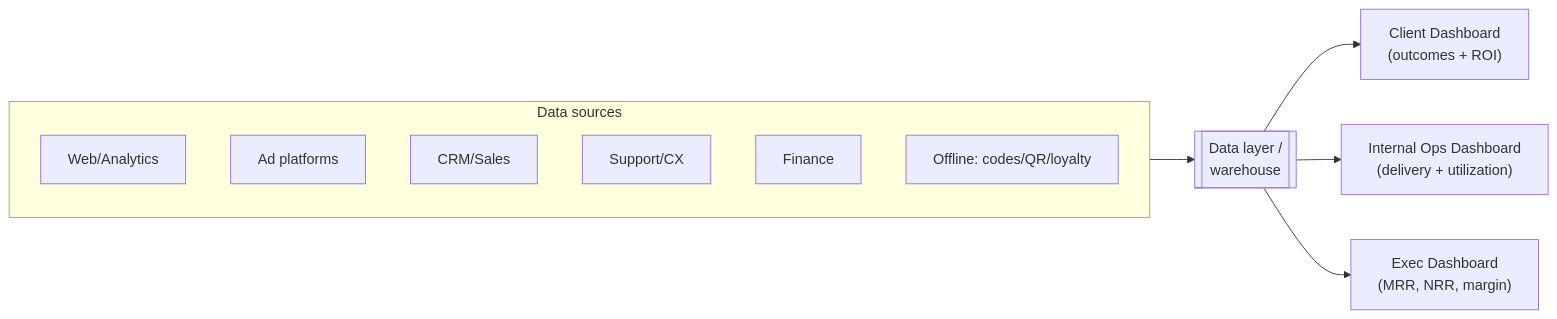
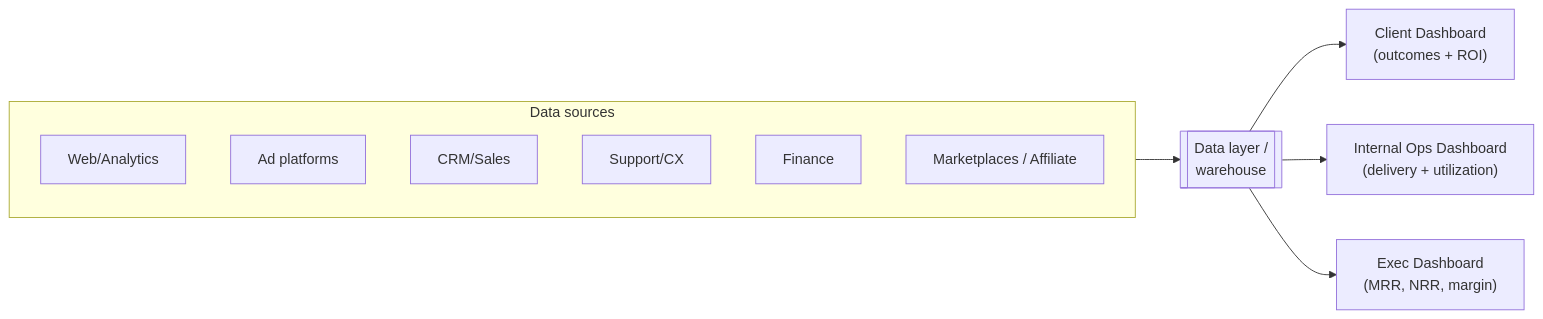
The second of 2 diagrams in 360-growth-framework/09-kpi-tracking-system.md (atikurrahman136859-sys/kiro), drawn with Mermaid before and after one commit. The commit also changed other lines of this file and 14 other files, not shown here.

````diff
--- a/360-growth-framework/09-kpi-tracking-system.md
+++ b/360-growth-framework/09-kpi-tracking-system.md
@@ -97,15 +97,15 @@
 ```mermaid
 flowchart LR
     subgraph SOURCES["Data sources"]
         WEB[Web/Analytics]
         ADS[Ad platforms]
         CRM[CRM/Sales]
         CXT[Support/CX]
         FINS[Finance]
-        OFF[Offline: codes/QR/loyalty]
+        MKTP[Marketplaces / Affiliate]
     end
     SOURCES --> WH[["Data layer /\nwarehouse"]]
     WH --> CLIENTDASH["Client Dashboard\n(outcomes + ROI)"]
     WH --> OPSDASH["Internal Ops Dashboard\n(delivery + utilization)"]
     WH --> EXECDASH["Exec Dashboard\n(MRR, NRR, margin)"]
 ```
````
